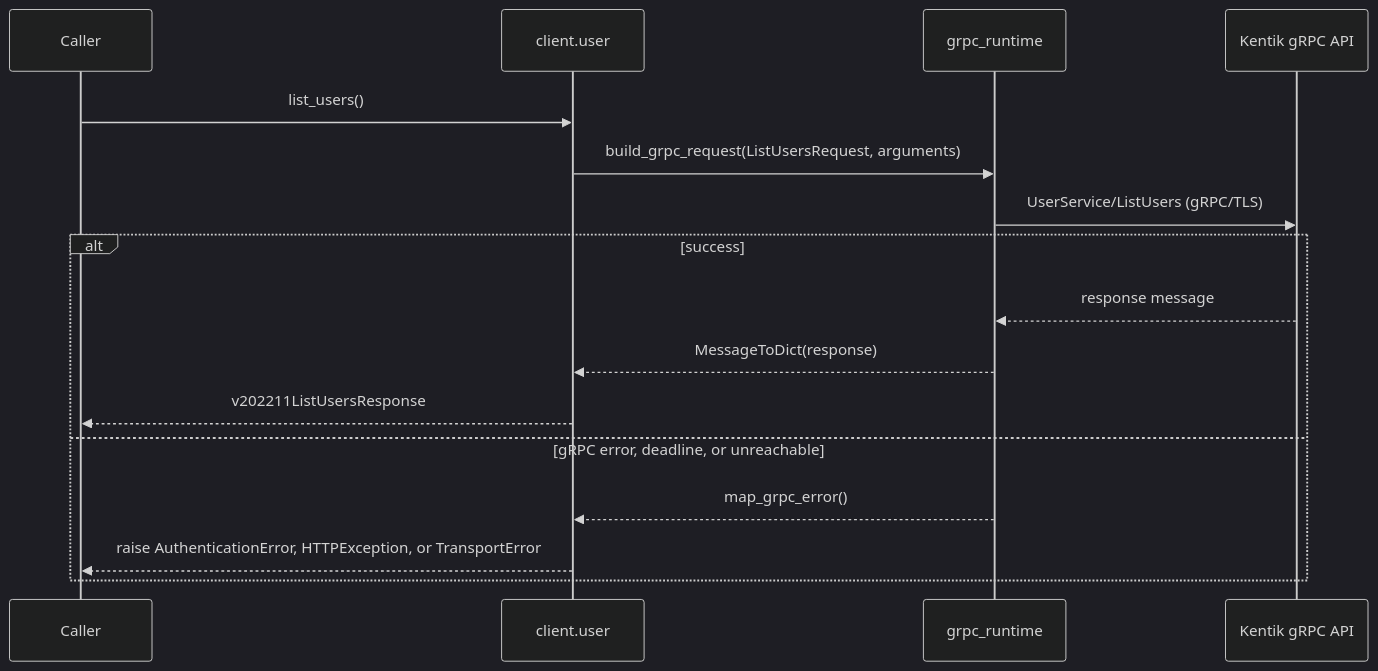
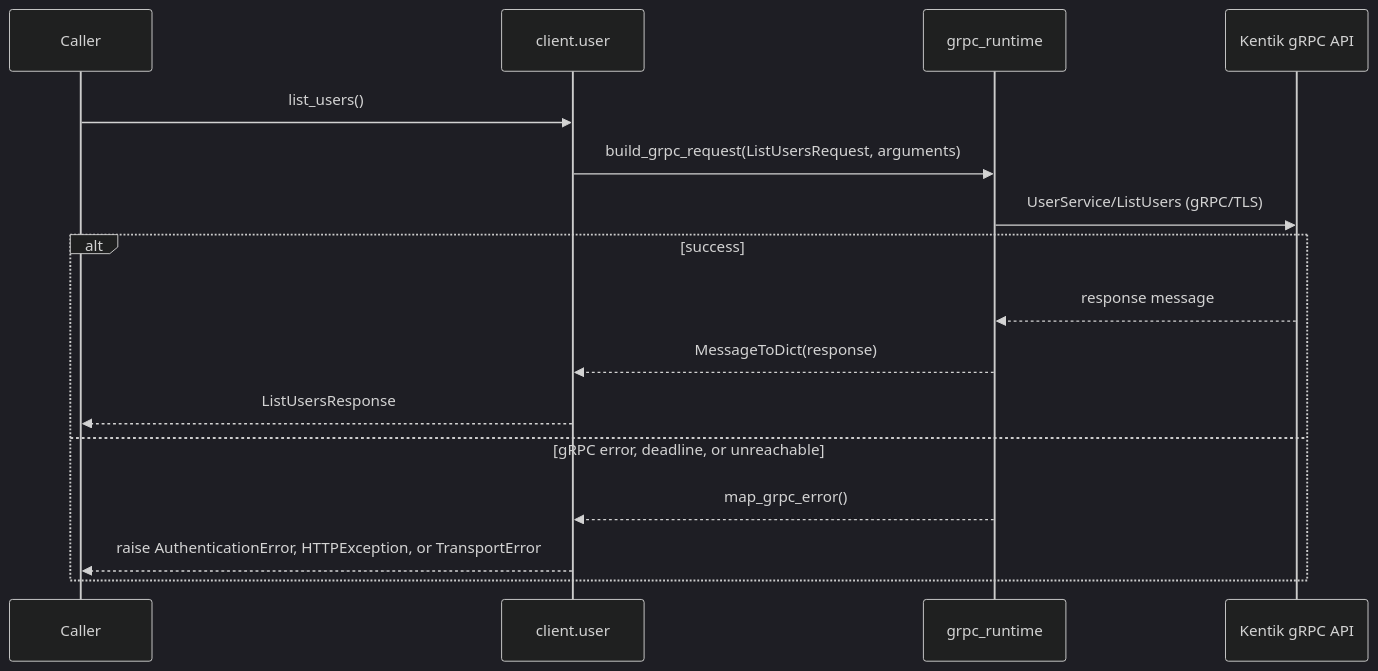
One commit to alexdearaujo/community_sdk_python changed the third of 16 diagrams in docs/sphinx/services/user.md. Above: the diagram before and after it, drawn with Mermaid (dark theme). The commit also changed other lines of this file and 38 other files, not shown here.

````diff
--- a/docs/sphinx/services/user.md
+++ b/docs/sphinx/services/user.md
@@ -59,19 +59,19 @@
 ```mermaid
 sequenceDiagram
     participant C as Caller
     participant W as client.user
     participant R as grpc_runtime
     participant API as Kentik gRPC API
 
     C->>W: list_users()
     W->>R: build_grpc_request(ListUsersRequest, arguments)
     R->>API: UserService/ListUsers (gRPC/TLS)
     alt success
         API-->>R: response message
         R-->>W: MessageToDict(response)
-        W-->>C: v202211ListUsersResponse
+        W-->>C: ListUsersResponse
     else gRPC error, deadline, or unreachable
         R-->>W: map_grpc_error()
         W-->>C: raise AuthenticationError, HTTPException, or TransportError
     end
 ```
````
